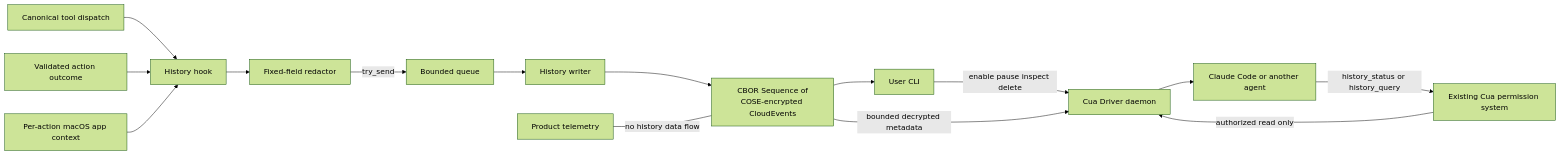
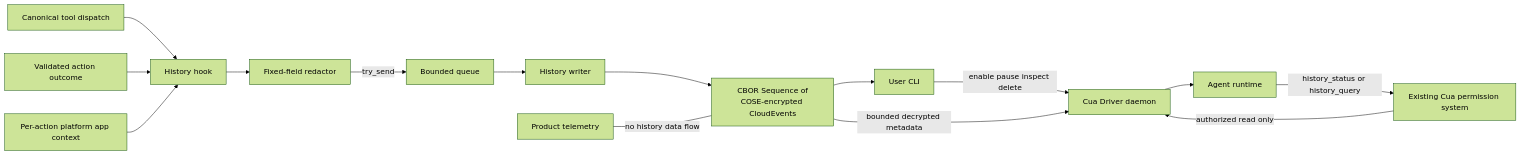
One commit to trycua/cua changed the fifth of 7 diagrams in libs/cua-driver/docs/computer-history-architecture.md. Above: the diagram before and after it, drawn with Mermaid (forest theme). The commit also changed other lines of this file and 1 other file, not shown here.

Commit message:
docs(cua-driver): prepare public history integration RFC

````diff
--- a/libs/cua-driver/docs/computer-history-architecture.md
+++ b/libs/cua-driver/docs/computer-history-architecture.md
@@ -235,18 +236,18 @@
 ```mermaid
 flowchart LR
     U[User CLI] -->|enable pause inspect delete| D[Cua Driver daemon]
-    G[Claude Code or another agent] -->|history_status or history_query| P[Existing Cua permission system]
+    G[Agent runtime] -->|history_status or history_query| P[Existing Cua permission system]
     P -->|authorized read only| D
     A[Canonical tool dispatch] --> H[History hook]
     O[Validated action outcome] --> H
-    M[Per-action macOS app context] --> H
+    M[Per-action platform app context] --> H
     H --> R[Fixed-field redactor]
     R -->|try_send| Q[Bounded queue]
     Q --> W[History writer]
     W --> S[CBOR Sequence of\nCOSE-encrypted CloudEvents]
     S --> U
     S -->|bounded decrypted metadata| D
     D --> G
 
     T[Product telemetry] ---|no history data flow| S
 ```
````
